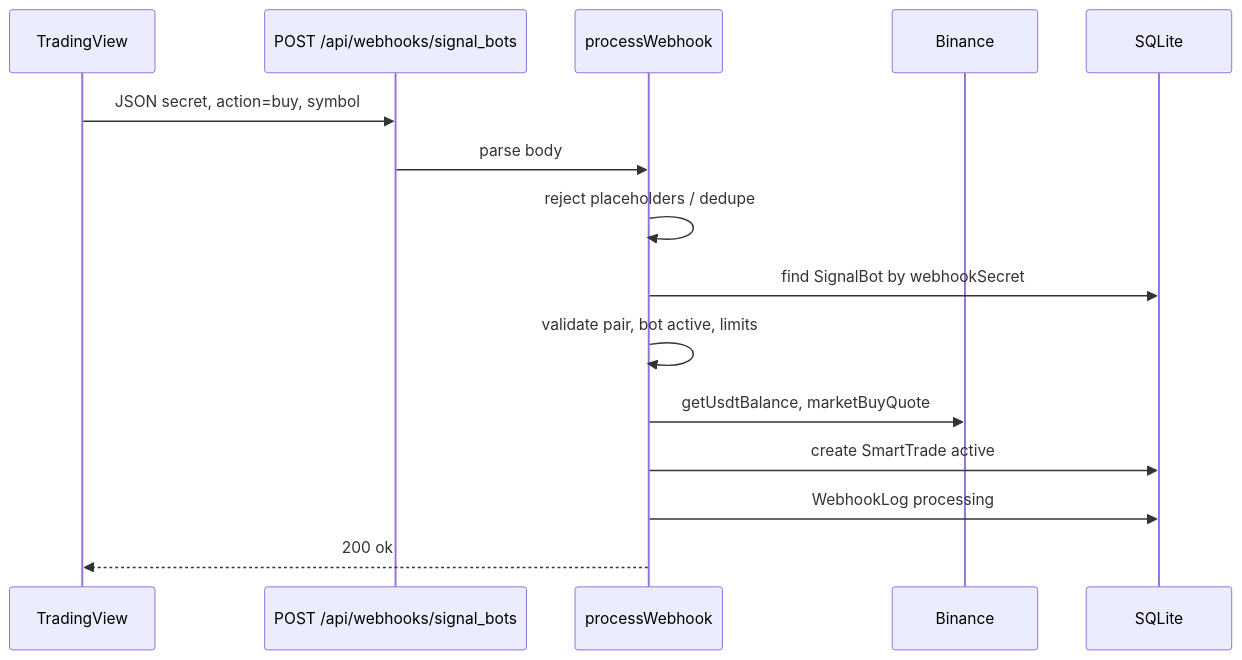
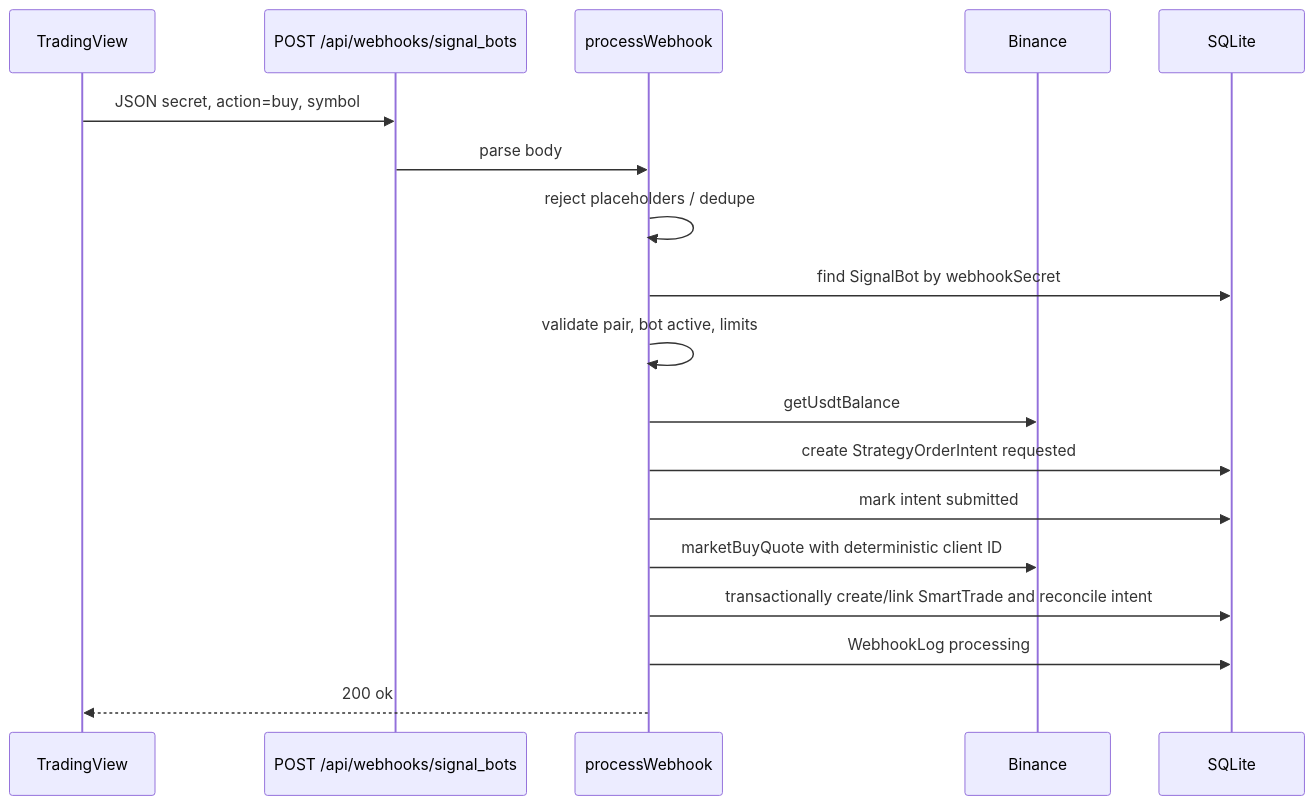
One commit to MuhammadMuhamid/3commabotclone changed the second of 2 diagrams in docs/BOT_COMPLETE_GUIDE.md. Above: the diagram before and after it, drawn with Mermaid. The commit also changed other lines of this file and 10 other files, not shown here.

Commit message:
fix(bot): recover durable strategy market intents

````diff
--- a/docs/BOT_COMPLETE_GUIDE.md
+++ b/docs/BOT_COMPLETE_GUIDE.md
@@ -120,18 +120,21 @@
 ```mermaid
 sequenceDiagram
   participant TV as TradingView
   participant WH as POST /api/webhooks/signal_bots
   participant PW as processWebhook
   participant BN as Binance
   participant DB as SQLite
 
   TV->>WH: JSON secret, action=buy, symbol
   WH->>PW: parse body
   PW->>PW: reject placeholders / dedupe
   PW->>DB: find SignalBot by webhookSecret
   PW->>PW: validate pair, bot active, limits
-  PW->>BN: getUsdtBalance, marketBuyQuote
-  PW->>DB: create SmartTrade active
+  PW->>BN: getUsdtBalance
+  PW->>DB: create StrategyOrderIntent requested
+  PW->>DB: mark intent submitted
+  PW->>BN: marketBuyQuote with deterministic client ID
+  PW->>DB: transactionally create/link SmartTrade and reconcile intent
   PW->>DB: WebhookLog processing
   PW-->>TV: 200 ok
 ```
````
